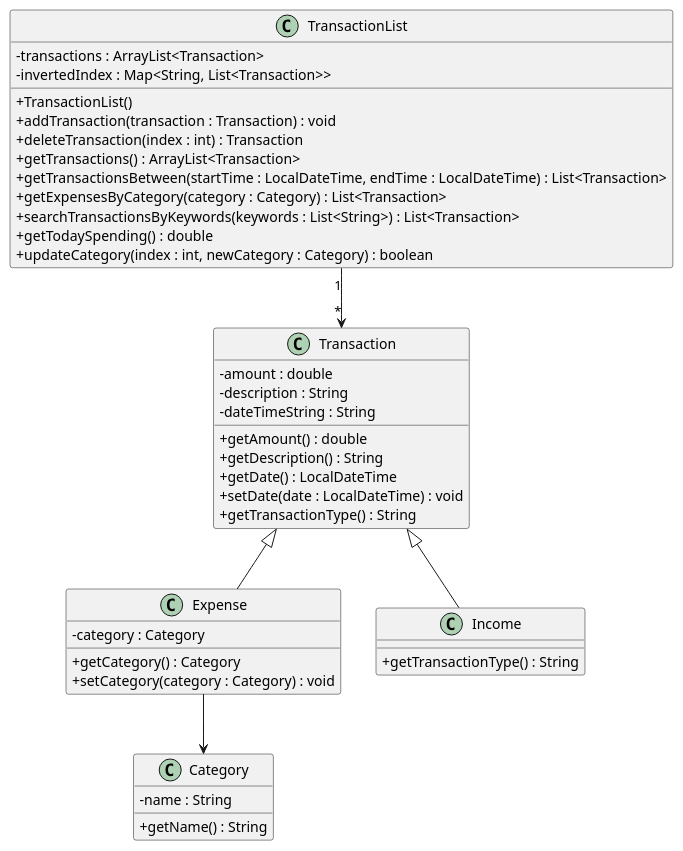
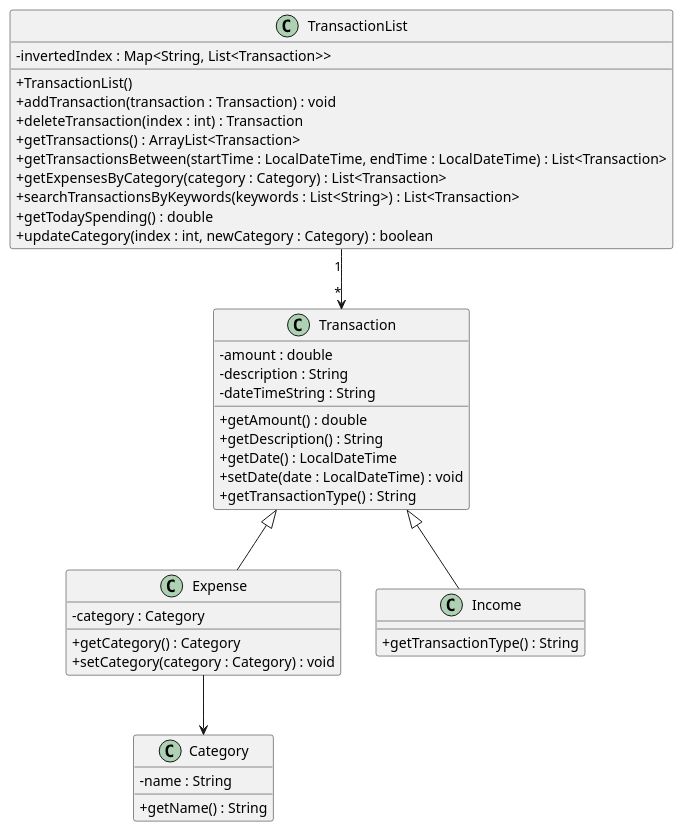
The diagram in docs/plantUMLCode/transactionlist-class-diagram.puml (nus-cs2113-AY2425S1/tp), drawn with PlantUML before and after one commit. The commit also changed 2 other files, not shown here.

Commit message:
Correct transactionlist-class-diagram

```diff
--- a/docs/plantUMLCode/transactionlist-class-diagram.puml
+++ b/docs/plantUMLCode/transactionlist-class-diagram.puml
@@ -1,52 +1,51 @@
 @startuml
 skinparam classAttributeIconSize 0
 class TransactionList {
-    - transactions : ArrayList<Transaction>
     - invertedIndex : Map<String, List<Transaction>>
 
     + TransactionList()
     + addTransaction(transaction : Transaction) : void
     + deleteTransaction(index : int) : Transaction
     + getTransactions() : ArrayList<Transaction>
     + getTransactionsBetween(startTime : LocalDateTime, endTime : LocalDateTime) : List<Transaction>
     + getExpensesByCategory(category : Category) : List<Transaction>
     + searchTransactionsByKeywords(keywords : List<String>) : List<Transaction>
     + getTodaySpending() : double
     + updateCategory(index : int, newCategory : Category) : boolean
 }
 
 class Transaction {
     -  amount : double
     - description : String
     - dateTimeString : String
 
     + getAmount() : double
     + getDescription() : String
     + getDate() : LocalDateTime
     + setDate(date : LocalDateTime) : void
     + getTransactionType() : String
 }
 
 class Expense extends Transaction {
     - category : Category
 
     + getCategory() : Category
     + setCategory(category : Category) : void
 }
 
 class Income extends Transaction {
     + getTransactionType() : String
 }
 
 class Category {
     - name : String
 
     + getName() : String
 }
 
 TransactionList "1" --> "*" Transaction
 
 
 Expense --> Category
 
 @enduml
```
